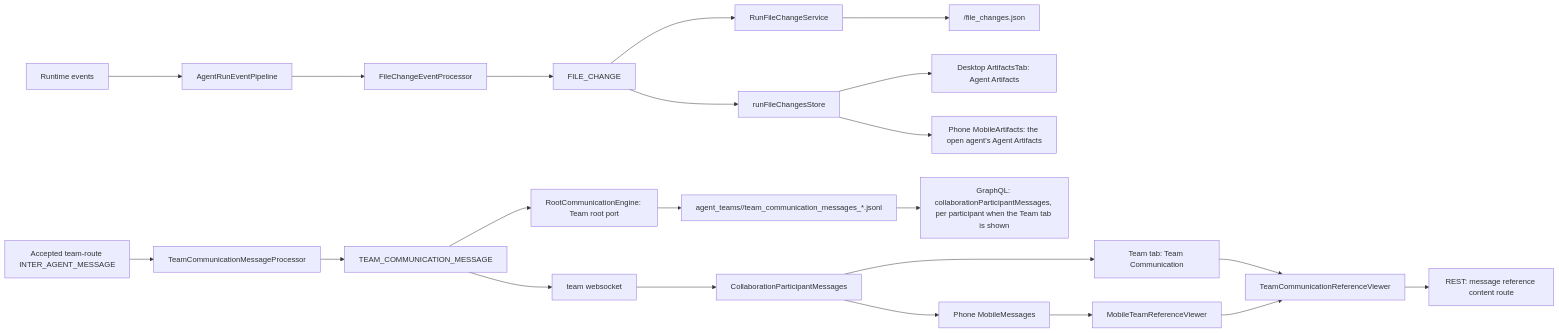
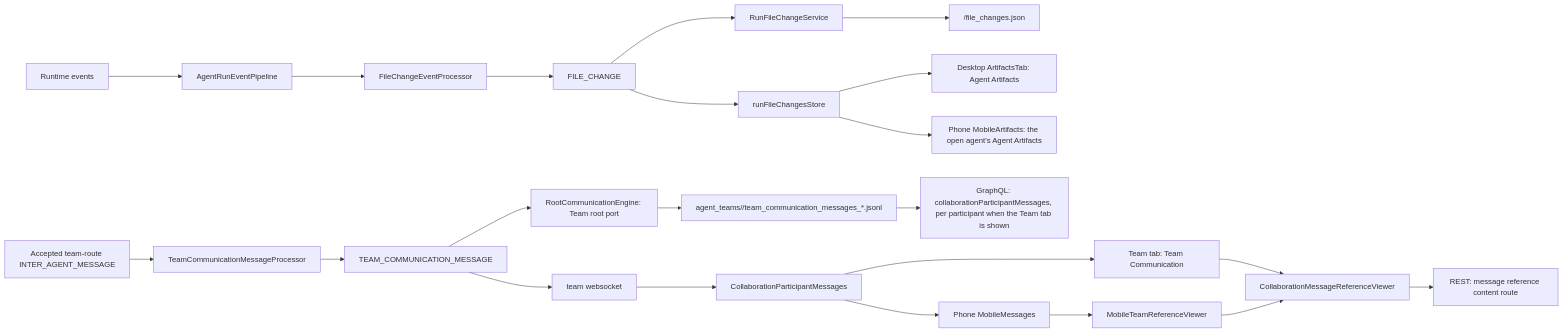
One commit to AutoByteus/autobyteus-workspace changed the diagram in autobyteus-web/docs/agent_artifacts.md. Above: the diagram before and after it, drawn with Mermaid. The commit also changed other lines of this file and 2 other files, not shown here.

First line of the commit message:
docs: current message reference viewer; two autobyteus-277 design lessons (autobyteus-426 D-12, D-13)

````diff
--- a/autobyteus-web/docs/agent_artifacts.md
+++ b/autobyteus-web/docs/agent_artifacts.md
@@ -158,25 +158,25 @@
 ```mermaid
 flowchart LR
   A[Runtime events] --> B[AgentRunEventPipeline]
   B --> C[FileChangeEventProcessor]
   C --> D[FILE_CHANGE]
   D --> E[RunFileChangeService]
   E --> F[<run-memory-dir>/file_changes.json]
   D --> G[runFileChangesStore]
   G --> H[Desktop ArtifactsTab: Agent Artifacts]
   G --> U[Phone MobileArtifacts: the open agent's Agent Artifacts]
 
   I[Accepted team-route INTER_AGENT_MESSAGE] --> J[TeamCommunicationMessageProcessor]
   J --> K[TEAM_COMMUNICATION_MESSAGE]
   K --> L[RootCommunicationEngine: Team root port]
   L --> N[agent_teams/<teamRunId>/team_communication_messages_*.jsonl]
   K --> M[team websocket]
   M --> P[CollaborationParticipantMessages]
   N --> O[GraphQL: collaborationParticipantMessages, per participant when the Team tab is shown]
   P --> R[Team tab: Team Communication]
-  R --> S[TeamCommunicationReferenceViewer]
+  R --> S[CollaborationMessageReferenceViewer]
   S --> T[REST: message reference content route]
   P --> V[Phone MobileMessages]
   V --> W[MobileTeamReferenceViewer]
   W --> S
 ```
````
